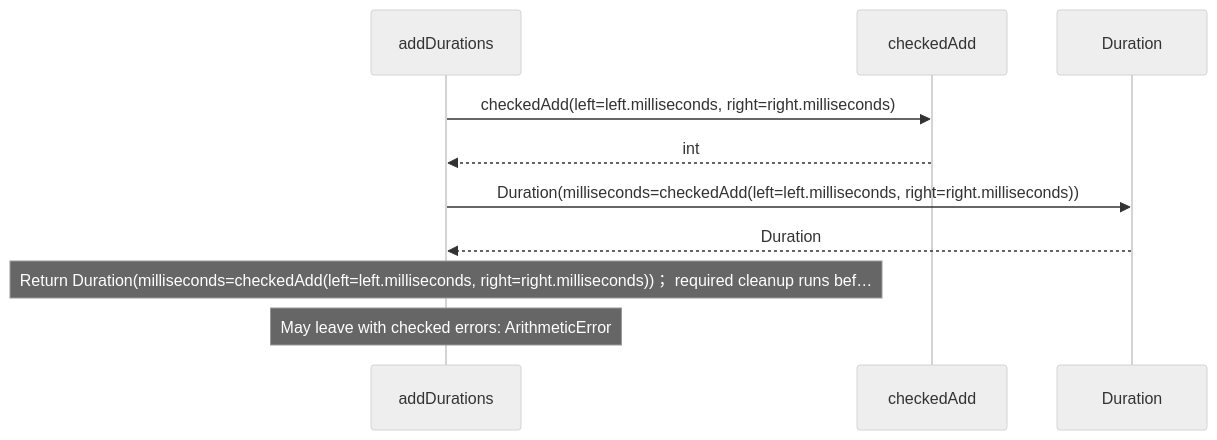
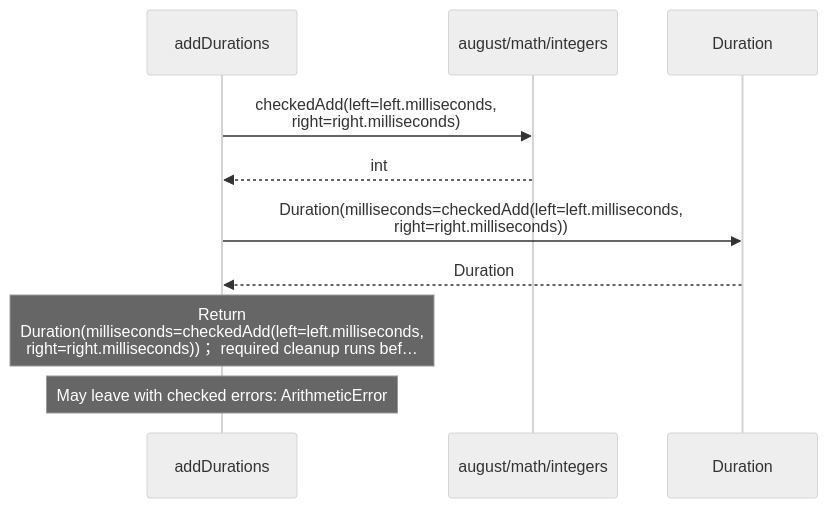
The sixth of 7 diagrams in src/stdlib/values/durations.aug.diagrams.md (GreenPandaStudios/augscript), drawn with Mermaid (neutral theme) before and after one commit. The commit also changed other lines of this file and 200 other files, not shown here.

Commit message:
Group imported operations and wrap readable sequence messages

````diff
--- a/src/stdlib/values/durations.aug.diagrams.md
+++ b/src/stdlib/values/durations.aug.diagrams.md
@@ -207,12 +207,12 @@
 ```mermaid
 sequenceDiagram
     participant p0 as addDurations
-    participant p1 as checkedAdd
+    participant p1 as august/math/integers
     participant p2 as Duration
-    p0->>p1: checkedAdd(left=left.milliseconds, right=right.milliseconds)
+    p0->>p1: checkedAdd(left=left.milliseconds,<br/>right=right.milliseconds)
     p1-->>p0: int
-    p0->>p2: Duration(milliseconds=checkedAdd(left=left.milliseconds, right=right.milliseconds))
+    p0->>p2: Duration(milliseconds=checkedAdd(left=left.milliseconds,<br/>right=right.milliseconds))
     p2-->>p0: Duration
-    Note over p0: Return Duration(milliseconds=checkedAdd(left=left.milliseconds, right=right.milliseconds))； required cleanup runs bef…
+    Note over p0: Return<br/>Duration(milliseconds=checkedAdd(left=left.milliseconds,<br/>right=right.milliseconds))； required cleanup runs bef…
     Note over p0: May leave with checked errors: ArithmeticError
 ```
````
